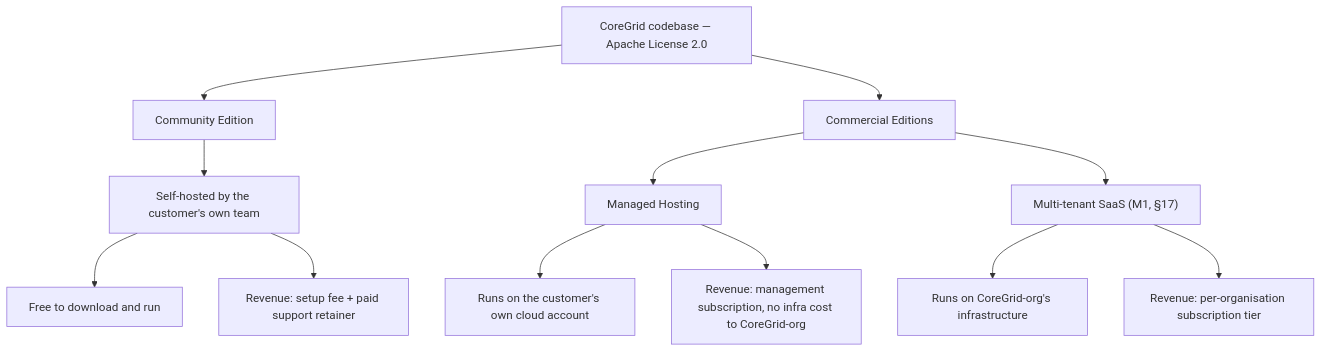
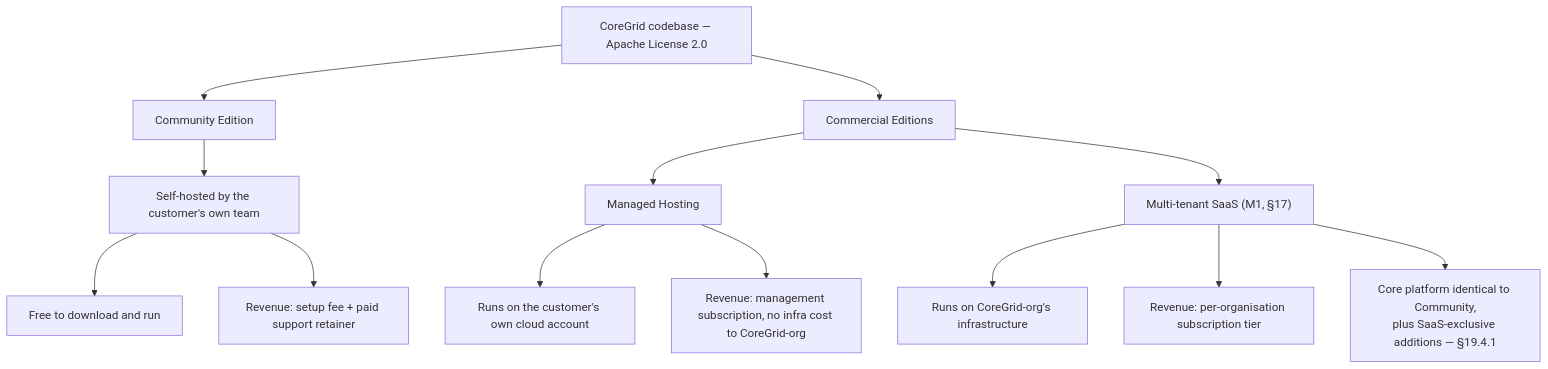
The first of 6 diagrams in doc/SRS/19-business-plan.md (CoreGrid-org/CoreGrid), drawn with Mermaid before and after one commit. The commit also changed other lines of this file and 1 other file, not shown here.

````diff
--- a/doc/SRS/19-business-plan.md
+++ b/doc/SRS/19-business-plan.md
@@ -62,18 +62,19 @@
 ```mermaid
 flowchart TD
     A["CoreGrid codebase — Apache License 2.0"]
     A --> B["Community Edition"]
     A --> C["Commercial Editions"]
 
     B --> B1["Self-hosted by the customer's own team"]
     B1 --> B2["Free to download and run"]
     B1 --> B3["Revenue: setup fee + paid support retainer"]
 
     C --> C1["Managed Hosting"]
     C1 --> C2["Runs on the customer's own cloud account"]
     C1 --> C3["Revenue: management subscription, no infra cost to CoreGrid-org"]
 
     C --> C4["Multi-tenant SaaS (M1, §17)"]
     C4 --> C5["Runs on CoreGrid-org's infrastructure"]
     C4 --> C6["Revenue: per-organisation subscription tier"]
+    C4 --> C7["Core platform identical to Community,\nplus SaaS-exclusive additions — §19.4.1"]
 ```
````
